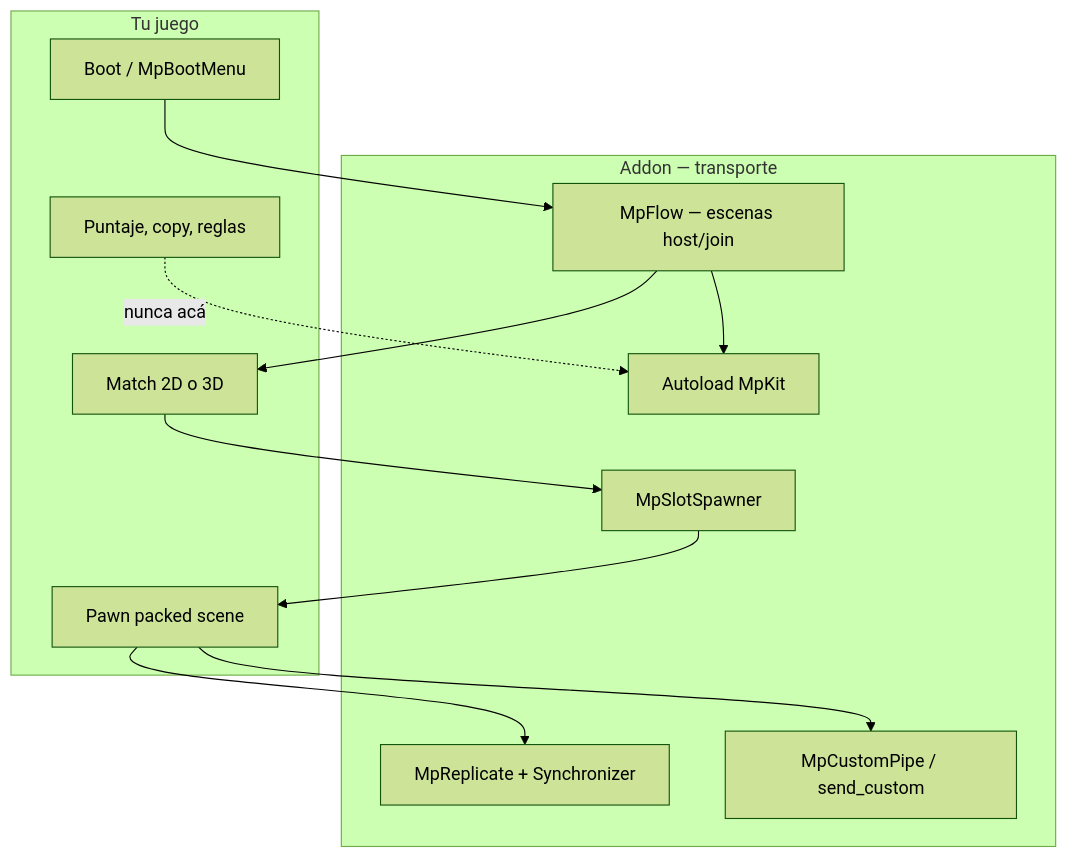
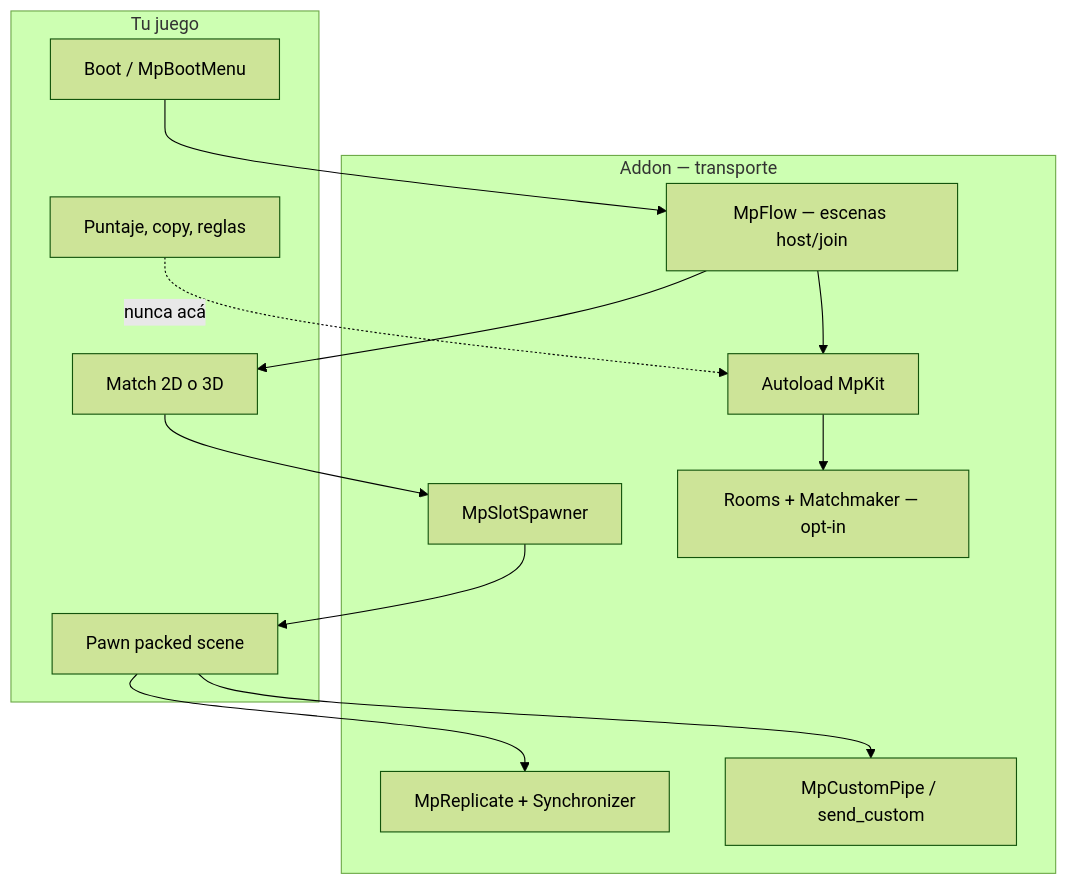
Before and after one commit to Joelnicolass/godot-studio-skills: the first of 10 diagrams in example/addons/mp_kit/README.md, drawn with Mermaid (forest theme). The commit also changed other lines of this file and 19 other files, not shown here.

First line of the commit message:
Ship MpKit 0.5.0 hub rooms with a FIFO queue and a human setup guide.

````diff
--- a/example/addons/mp_kit/README.md
+++ b/example/addons/mp_kit/README.md
@@ -55,26 +58,28 @@
 ```mermaid
 flowchart TB
   subgraph kit [Addon — transporte]
     MpKit[Autoload MpKit]
     Flow[MpFlow — escenas host/join]
     Spawn[MpSlotSpawner]
     Rep[MpReplicate + Synchronizer]
     Pipe[MpCustomPipe / send_custom]
+    Hub[Rooms + Matchmaker — opt-in]
   end
 
   subgraph game [Tu juego]
     Boot[Boot / MpBootMenu]
     World[Match 2D o 3D]
     Pawn[Pawn packed scene]
     Rules[Puntaje, copy, reglas]
   end
 
   Boot --> Flow
   Flow --> MpKit
   Flow --> World
   World --> Spawn
   Spawn --> Pawn
   Pawn --> Rep
   Pawn --> Pipe
+  MpKit --> Hub
   Rules -.->|nunca acá| MpKit
 ```
````
